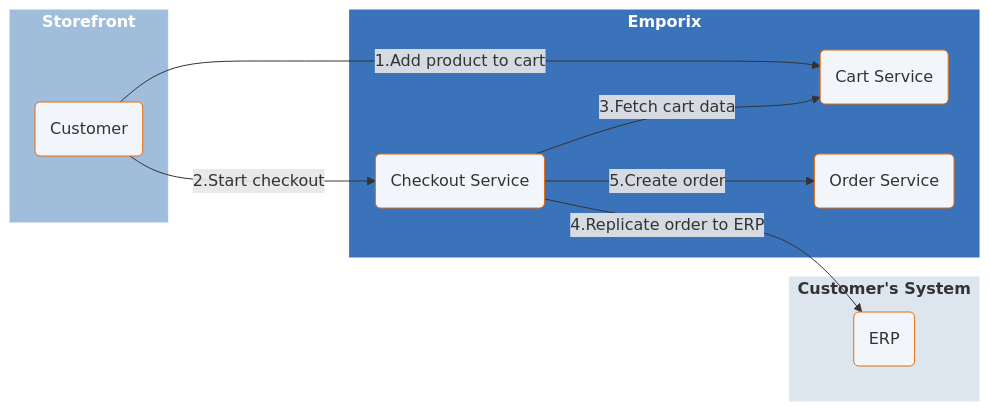
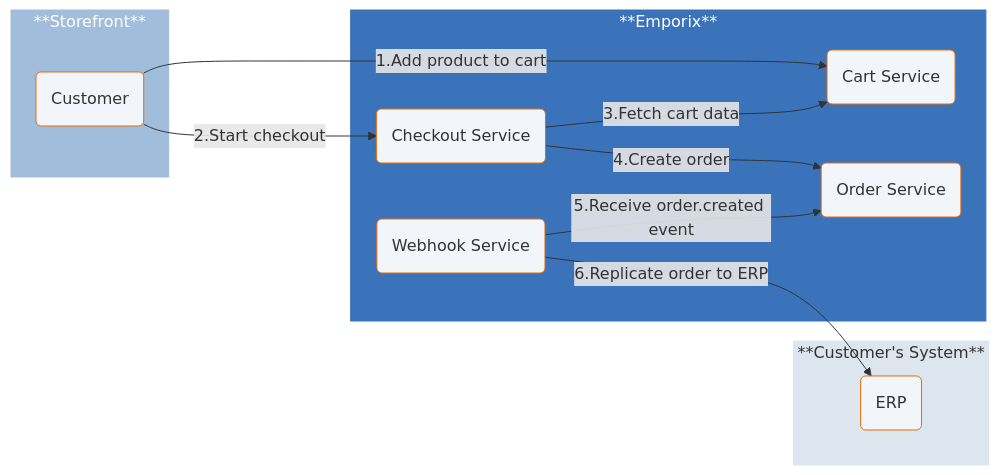
The first of 3 diagrams in orders/order/order.md (emporix/api-references), drawn with Mermaid before and after one commit. The commit also changed other lines of this file and 8 other files, not shown here.

Commit message:
COP-3102 Diagrams updates

````diff
--- a/orders/order/order.md
+++ b/orders/order/order.md
@@ -34,45 +34,48 @@
 ```mermaid
 ---
 config:
   layout: fixed
   theme: default
   look: classic
-  font-family: Lato, sans-serif
 ---
 flowchart LR
- subgraph subGraph0["`**Storefront**`"]
+ subgraph subGraph0["**Storefront**"]
         A["Customer"]
   end
- subgraph subGraph1["`**Emporix**`"]
+ subgraph subGraph1["**Emporix**"]
         CS["Cart Service"]
         CHK["Checkout Service"]
         OS["Order Service"]
+        WS["Webhook Service"]
   end
- subgraph subGraph2["`**Customer's System**`"]
+ subgraph subGraph2["**Customer's System**"]
         ERP["ERP"]
   end
     A -- "1.Add product to cart" --> CS
     A -- "2.Start checkout" --> CHK
     CHK -- "3.Fetch cart data" --> CS
-    CHK -- "4.Replicate order to ERP" --> ERP
-    CHK -- "5.Create order" --> OS
+    CHK -- "4.Create order" --> OS
+    WS -- "5.Receive order.created event" --> OS
+    WS -- "6.Replicate order to ERP" --> ERP
     A@{ shape: rounded}
     CS@{ shape: rounded}
     CHK@{ shape: rounded}
     OS@{ shape: rounded}
     ERP@{ shape: rounded}
+    WS@{ shape: rounded}
      A:::Class_04
      CS:::Class_04
      CHK:::Class_04
+     OS:::Class_04
+     WS:::Class_04
      ERP:::Class_04
-     OS:::Class_04
      subGraph1:::Class_03
      subGraph0:::Class_01
      subGraph2:::Class_02
     classDef Class_02 stroke-width:1px, stroke-dasharray: 0, stroke:#DDE6EE, fill:#DDE6EE
     classDef Class_01 stroke-width:1px, stroke-dasharray: 0, stroke:#A1BDDC, fill:#A1BDDC
     classDef Class_03 stroke-width:1px, stroke-dasharray: 0, stroke:#3b73bb, fill:#3b73bb
     classDef Class_04 fill:#F2F6FA, stroke:#E86C07
     style subGraph0 color:#FFFFFF
     style subGraph1 color:#FFFFFF
 ```
````
